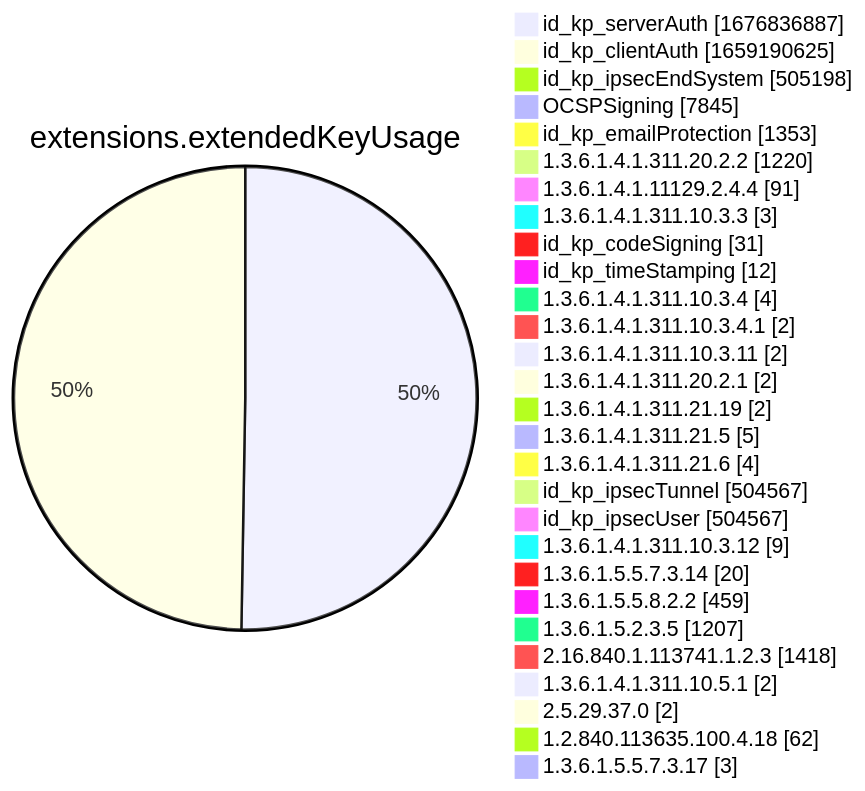
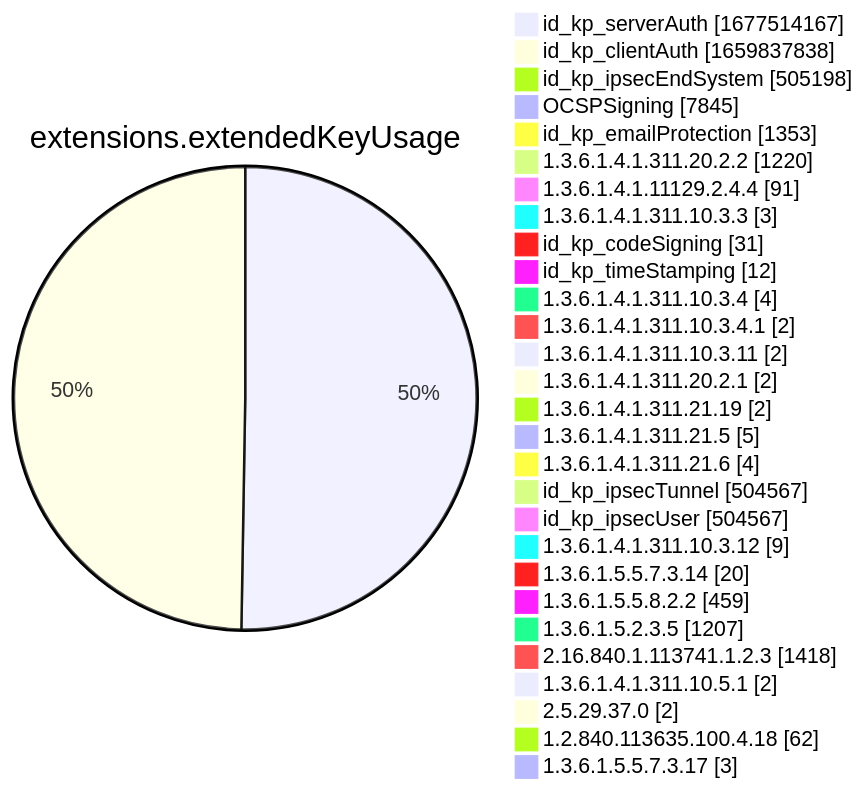
Before and after one commit to christiankrug/ctmonitor_visualization: diagram 12 of 15 in xenon2022/README.md, drawn with Mermaid. The commit also changed other lines of this file, not shown here.

````diff
--- a/xenon2022/README.md
+++ b/xenon2022/README.md
@@ -3888,32 +3888,32 @@
 ```mermaid
 pie showData
 title extensions.extendedKeyUsage
-"id_kp_serverAuth" :1676836887
-"id_kp_clientAuth" :1659190625
+"id_kp_serverAuth" :1677514167
+"id_kp_clientAuth" :1659837838
 "id_kp_ipsecEndSystem" :505198
 "OCSPSigning" :7845
 "id_kp_emailProtection" :1353
 "1.3.6.1.4.1.311.20.2.2" :1220
 "1.3.6.1.4.1.11129.2.4.4" :91
 "1.3.6.1.4.1.311.10.3.3" :3
 "id_kp_codeSigning" :31
 "id_kp_timeStamping" :12
 "1.3.6.1.4.1.311.10.3.4" :4
 "1.3.6.1.4.1.311.10.3.4.1" :2
 "1.3.6.1.4.1.311.10.3.11" :2
 "1.3.6.1.4.1.311.20.2.1" :2
 "1.3.6.1.4.1.311.21.19" :2
 "1.3.6.1.4.1.311.21.5" :5
 "1.3.6.1.4.1.311.21.6" :4
 "id_kp_ipsecTunnel" :504567
 "id_kp_ipsecUser" :504567
 "1.3.6.1.4.1.311.10.3.12" :9
 "1.3.6.1.5.5.7.3.14" :20
 "1.3.6.1.5.5.8.2.2" :459
 "1.3.6.1.5.2.3.5" :1207
 "2.16.840.1.113741.1.2.3" :1418
 "1.3.6.1.4.1.311.10.5.1" :2
 "2.5.29.37.0" :2
 "1.2.840.113635.100.4.18" :62
 "1.3.6.1.5.5.7.3.17" :3
 ```
````
